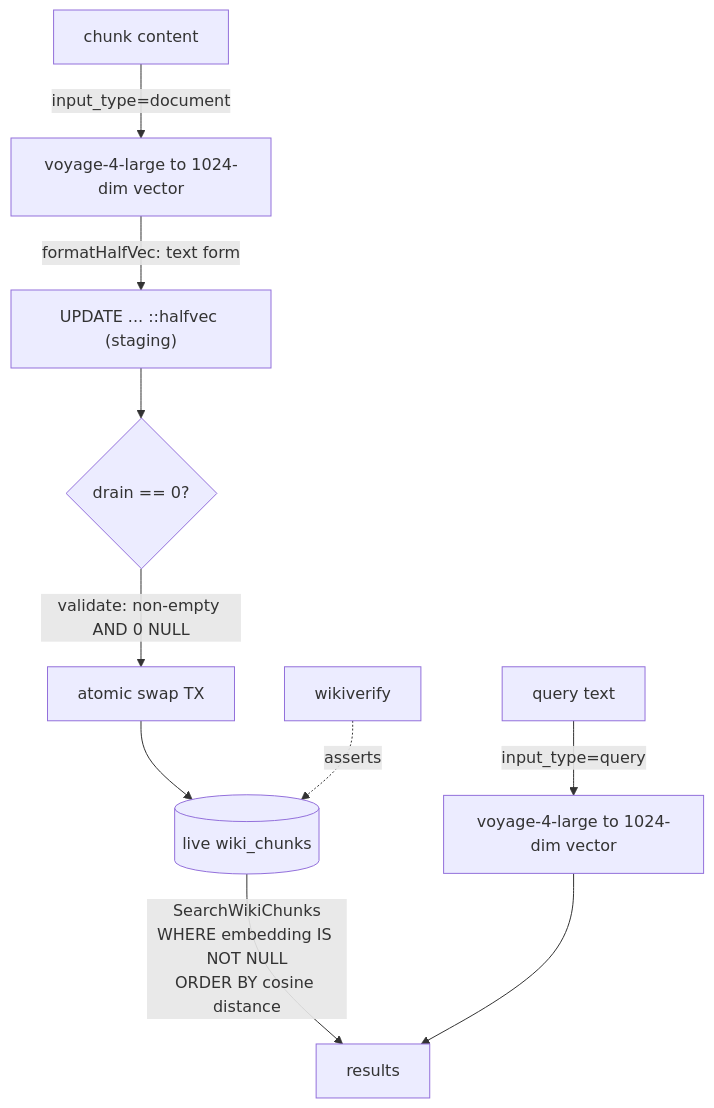
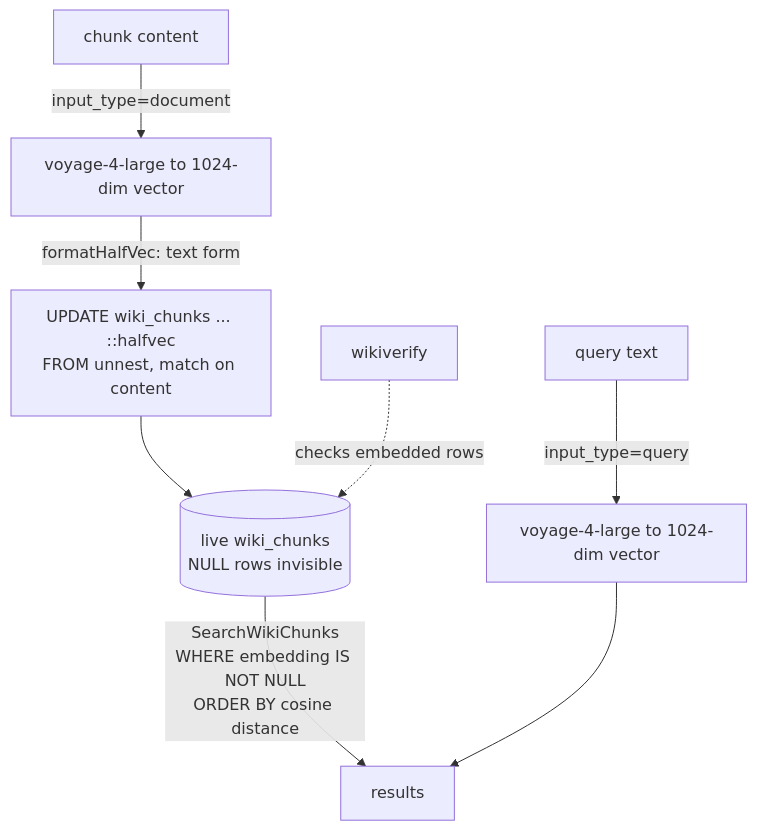
One commit to verovec/truth-in-stream changed the fourth of 4 diagrams in docs/ingestion-pipeline.md. Above: the diagram before and after it, drawn with Mermaid. The commit also changed other lines of this file and 21 other files, not shown here.

````diff
--- a/docs/ingestion-pipeline.md
+++ b/docs/ingestion-pipeline.md
@@ -241,11 +281,9 @@
 ```mermaid
 flowchart TD
     A["chunk content"] -->|"input_type=document"| B["voyage-4-large to 1024-dim vector"]
-    B -->|"formatHalfVec: text form"| C["UPDATE ... ::halfvec (staging)"]
-    C --> D{"drain == 0?"}
-    D -->|"validate: non-empty AND 0 NULL"| E["atomic swap TX"]
-    E --> F[("live wiki_chunks")]
+    B -->|"formatHalfVec: text form"| C["UPDATE wiki_chunks ... ::halfvec<br/>FROM unnest, match on content"]
+    C --> F[("live wiki_chunks<br/>NULL rows invisible")]
     F -->|"SearchWikiChunks<br/>WHERE embedding IS NOT NULL<br/>ORDER BY cosine distance"| G["results"]
     Q2["query text"] -->|"input_type=query"| H["voyage-4-large to 1024-dim vector"] --> G
-    I["wikiverify"] -.asserts.-> F
+    I["wikiverify"] -.checks embedded rows.-> F
 ```
````
